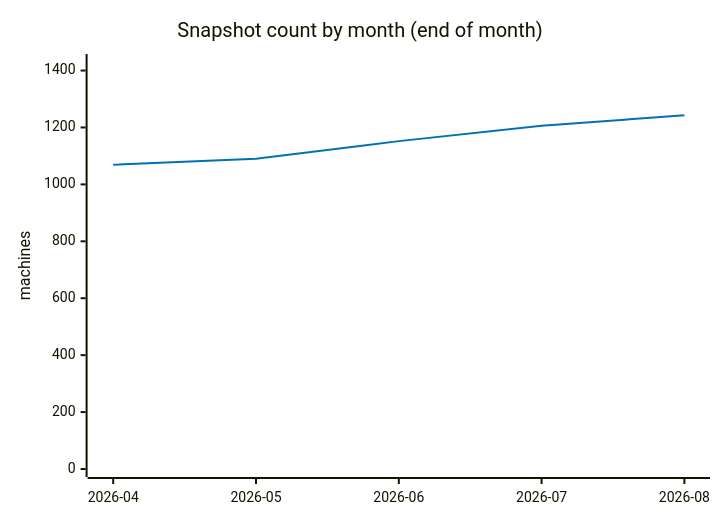
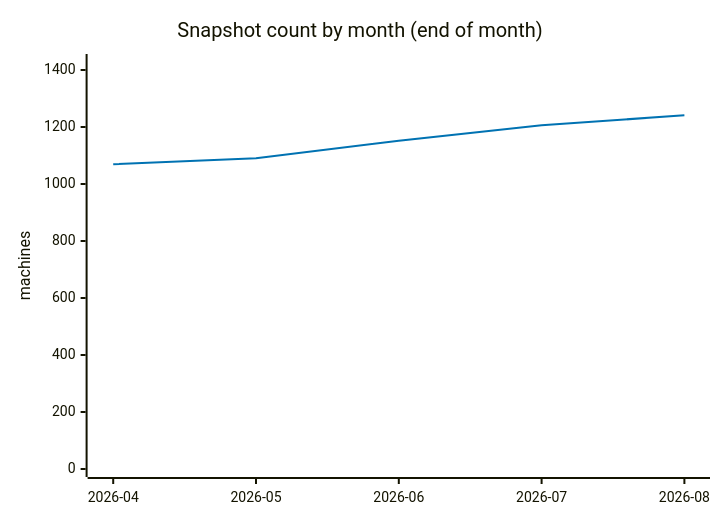
The sixth of 7 diagrams in ANALYSIS.md (cheeaun/returnright-data), drawn with Mermaid before and after one commit. The commit also changed other lines of this file and 3 other files, not shown here.

````diff
--- a/ANALYSIS.md
+++ b/ANALYSIS.md
@@ -284,13 +284,13 @@
 ```mermaid
 ---
 config:
   themeVariables:
     xyChart:
       plotColorPalette: "#0072B2"
 ---
 xychart-beta
     title "Snapshot count by month (end of month)"
     x-axis ["2026-04", "2026-05", "2026-06", "2026-07", "2026-08"]
-    y-axis "machines" 0 --> 1430
-    line [1069, 1090, 1152, 1206, 1243]
+    y-axis "machines" 0 --> 1428
+    line [1069, 1090, 1152, 1206, 1241]
 ```
````
